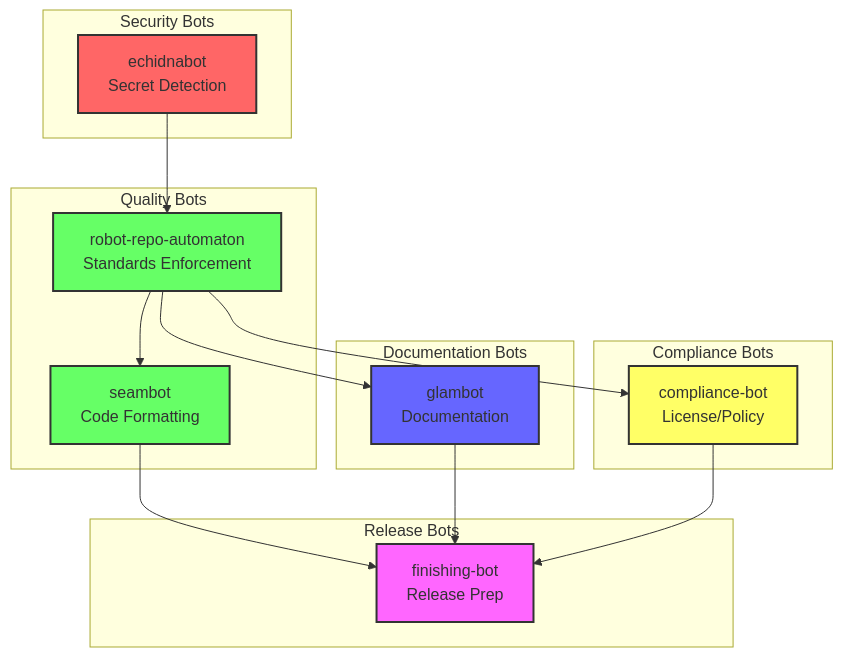
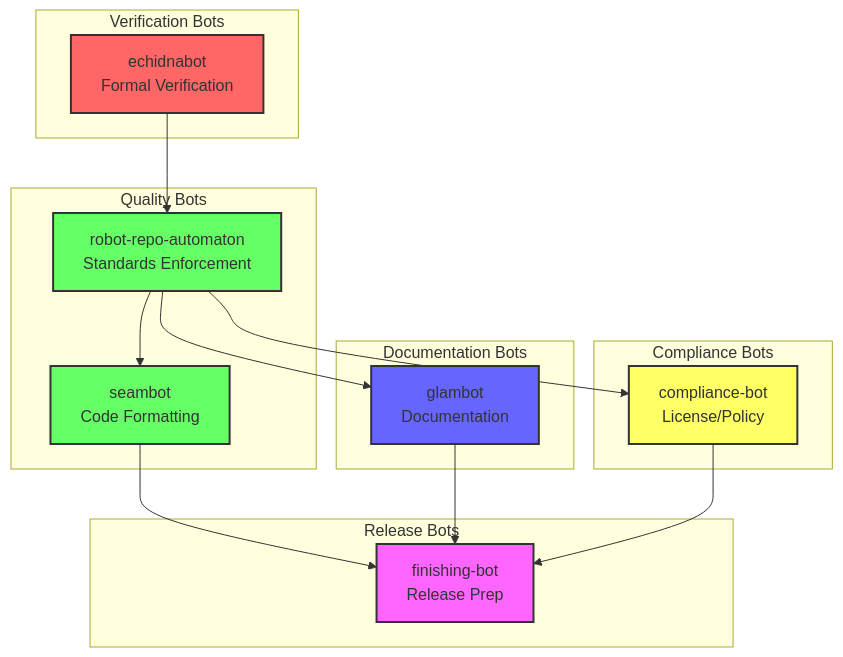
Before and after one commit to hyperpolymath/hypatia: the first of 11 diagrams in docs/diagrams/bot-orchestration.md, drawn with Mermaid. The commit also changed 11 other files, not shown here.

````diff
--- a/docs/diagrams/bot-orchestration.md
+++ b/docs/diagrams/bot-orchestration.md
@@ -10,45 +10,45 @@
 ```mermaid
 graph TD
-    subgraph "Security Bots"
-        echidna[echidnabot<br/>Secret Detection]
+    subgraph "Verification Bots"
+        echidna[echidnabot<br/>Formal Verification]
     end
 
     subgraph "Quality Bots"
         rra[robot-repo-automaton<br/>Standards Enforcement]
         seambot[seambot<br/>Code Formatting]
     end
 
     subgraph "Documentation Bots"
         glambot[glambot<br/>Documentation]
     end
 
     subgraph "Compliance Bots"
         compliance[compliance-bot<br/>License/Policy]
     end
 
     subgraph "Release Bots"
         finishing[finishing-bot<br/>Release Prep]
     end
 
     %% Dependencies
     echidna --> rra
     rra --> seambot
     rra --> glambot
     rra --> compliance
     seambot --> finishing
     glambot --> finishing
     compliance --> finishing
 
     %% Styling
     classDef security fill:#f66,stroke:#333,stroke-width:2px;
     classDef quality fill:#6f6,stroke:#333,stroke-width:2px;
     classDef docs fill:#66f,stroke:#333,stroke-width:2px;
     classDef compliance fill:#ff6,stroke:#333,stroke-width:2px;
     classDef release fill:#f6f,stroke:#333,stroke-width:2px;
 
     class echidna security;
     class rra,seambot quality;
     class glambot docs;
     class compliance compliance;
     class finishing release;
 ```
````
